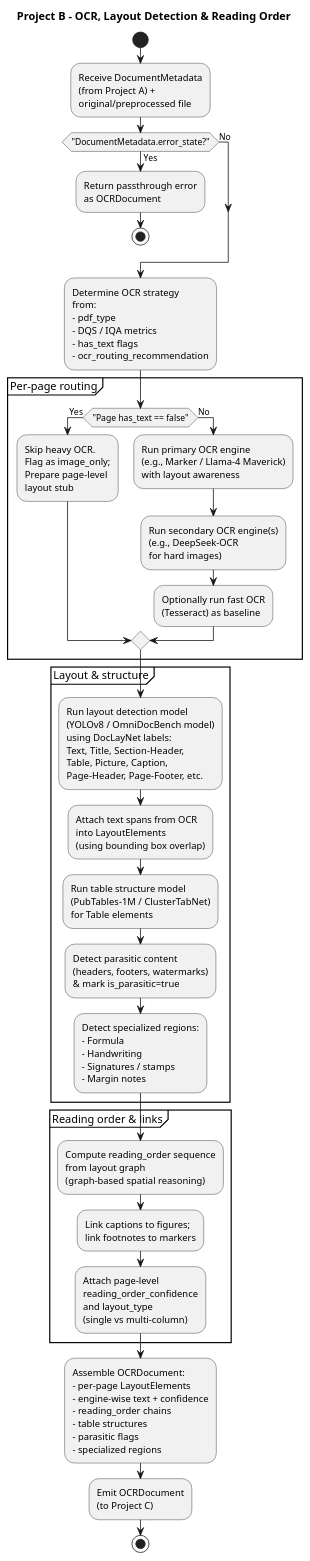
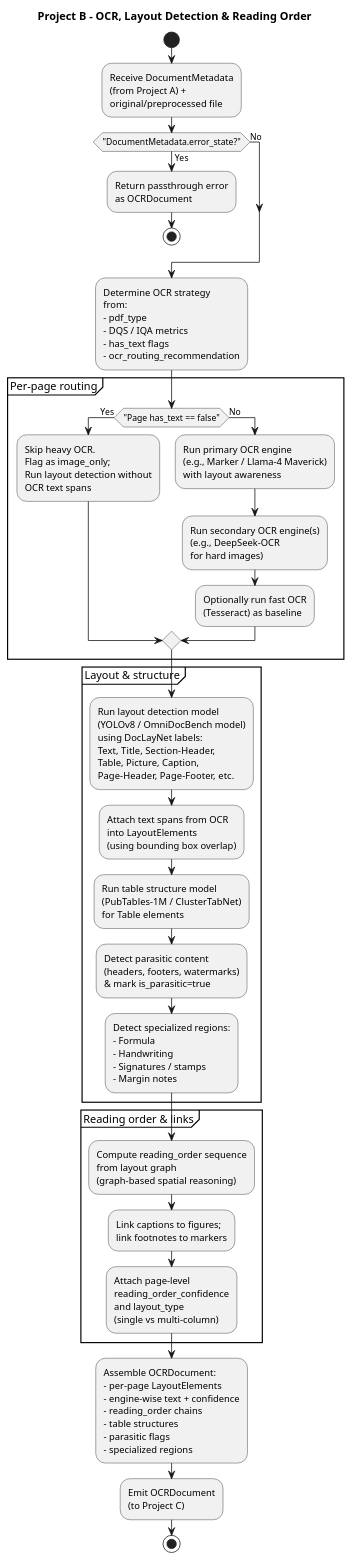
One commit to williaby/image-preprocessing-detector changed the diagram in docs/architecture/diagrams/level-2/downstream-context/project-b-ocr-layout-workflow.puml. Above: the diagram before and after it, drawn with PlantUML. The commit also changed 102 other files, not shown here.

```diff
--- a/docs/architecture/diagrams/level-2/downstream-context/project-b-ocr-layout-workflow.puml
+++ b/docs/architecture/diagrams/level-2/downstream-context/project-b-ocr-layout-workflow.puml
@@ -1,57 +1,57 @@
- @startuml ProjectB_OCR_Layout_RO
+@startuml ProjectB_OCR_Layout_RO
 
 title Project B - OCR, Layout Detection & Reading Order
 
 skinparam shadowing false
 skinparam monochrome true
 skinparam defaultTextAlignment left
 
 start
 
 :Receive DocumentMetadata\n(from Project A) +\noriginal/preprocessed file;
 
 if ("DocumentMetadata.error_state?") then (Yes)
   :Return passthrough error\nas OCRDocument;
   stop
 else (No)
 endif
 
 :Determine OCR strategy\nfrom:\n- pdf_type\n- DQS / IQA metrics\n- has_text flags\n- ocr_routing_recommendation;
 
 partition "Per-page routing" {
   if ("Page has_text == false") then (Yes)
-    :Skip heavy OCR.\nFlag as image_only;\nPrepare page-level\nlayout stub;
+    :Skip heavy OCR.\nFlag as image_only;\nRun layout detection without\nOCR text spans;
   else (No)
     :Run primary OCR engine\n(e.g., Marker / Llama-4 Maverick)\nwith layout awareness;
     :Run secondary OCR engine(s)\n(e.g., DeepSeek-OCR\nfor hard images);
     :Optionally run fast OCR\n(Tesseract) as baseline;
   endif
 }
 
 partition "Layout & structure" {
   :Run layout detection model\n(YOLOv8 / OmniDocBench model)\nusing DocLayNet labels:\nText, Title, Section-Header,\nTable, Picture, Caption,\nPage-Header, Page-Footer, etc.;
 
   :Attach text spans from OCR\ninto LayoutElements\n(using bounding box overlap);
 
   :Run table structure model\n(PubTables-1M / ClusterTabNet)\nfor Table elements;
 
   :Detect parasitic content\n(headers, footers, watermarks)\n& mark is_parasitic=true;
 
   :Detect specialized regions:\n- Formula\n- Handwriting\n- Signatures / stamps\n- Margin notes;
 }
 
 partition "Reading order & links" {
   :Compute reading_order sequence\nfrom layout graph\n(graph-based spatial reasoning);
 
   :Link captions to figures;\nlink footnotes to markers;
 
   :Attach page-level\nreading_order_confidence\nand layout_type\n(single vs multi-column);
 }
 
 :Assemble OCRDocument:\n- per-page LayoutElements\n- engine-wise text + confidence\n- reading_order chains\n- table structures\n- parasitic flags\n- specialized regions;
 
 :Emit OCRDocument\n(to Project C);
 
 stop
 
 @enduml
```
